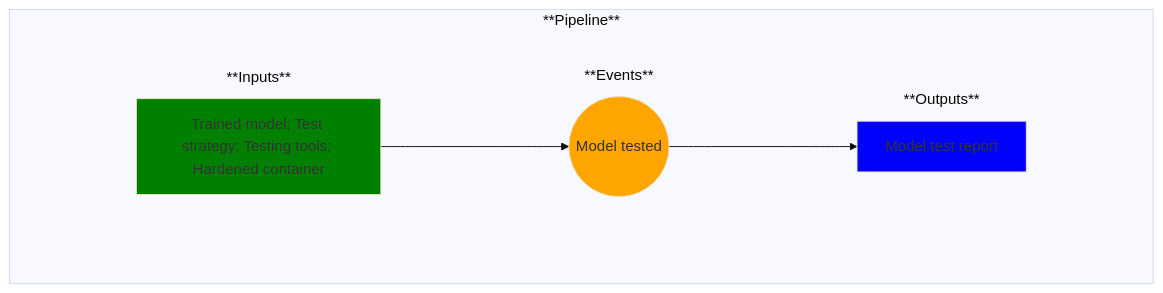
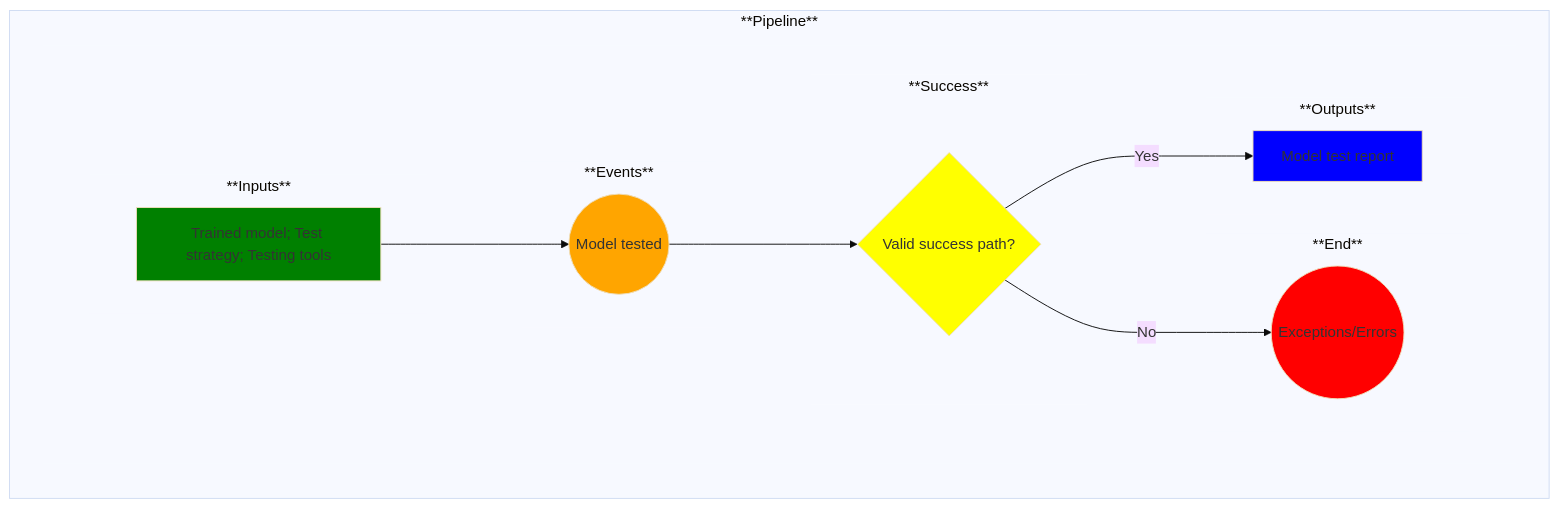
Before and after one commit to MLOps-OpenAPI/arch-diagrams: the diagram in use-cases/10-model-test.md, drawn with Mermaid (base theme). The commit also changed other lines of this file, not shown here.

````diff
--- a/use-cases/10-model-test.md
+++ b/use-cases/10-model-test.md
@@ -18,51 +17,65 @@
 ```mermaid
 
 %% Creating a left-to-right flowchart
 %% Learn the syntax here: https://mermaid.js.org/syntax/flowchart.html
 %% Note: flowchart and graph are the same in Mermaid
 graph LR;
 
     %% Define the common flow items:
     %%A--> B
     %%B-->C
     subgraph Pipeline ["**Pipeline**"]
         
         %% Add an empty node to overcome some formatting issues
         subgraph invisibleSpace["<br/>"]
 
             %% Add the rest of the nodes
             subgraph Inputs ["**Inputs**"]
                 A
             end
             subgraph Events ["**Events**"]
                 B
             end
+            subgraph Success ["**Success**"]
+                C
+            end
+            subgraph End ["**End**"]
+                D
+            end
             subgraph Outputs ["**Outputs**"]
-                C
+                E
             end
         end
         A-->B
-        %%C--> | test text | D
         B-->C
-        %%D--> | test text | E
+        C--> | No | D
+        C--> | Yes | E
     end
 
     %% Now label and style the blocks
     %% Note: You could have done this above, but I find this to be cleaner and easier to manage
 
-    A[Trained model; Test strategy; Testing tools; Hardened container]
+    A[Trained model; Test strategy; Testing tools]
     style A fill:green
 
     B((Model tested))
     style B fill:orange
 
-    C[Model test report]
-    style C fill:blue
+    C{Valid success path?}
+    style C fill:yellow
+
+    D((Exceptions/Errors))
+    style D fill:red
+
+    E[Model test report]
+    style E fill:blue
 
     %% Remove unnecessary box outlines
     style invisibleSpace stroke-width:0
     style Inputs stroke-width:0
     style Events stroke-width:0
     style Outputs stroke-width:0
+    style End stroke-width:0
+    style Success stroke-width:0
 
 ```
````
